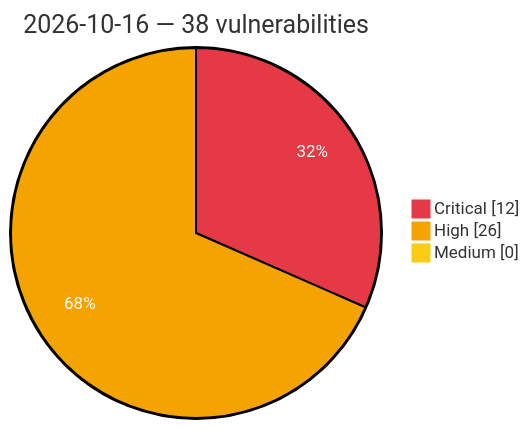
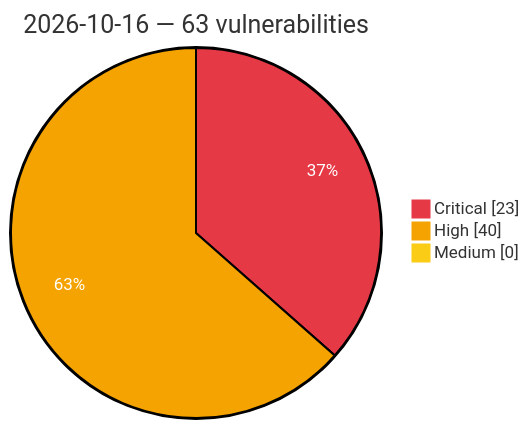
Before and after one commit to GhostX0X/vuln-tracker: the diagram in vulnerabilities/2026/October/2026-10-16.md, drawn with Mermaid. The commit also changed other lines of this file and 5 other files, not shown here.

Commit message:
Auto update: critical/high vulns (2026-10-16 18:21 UTC)

````diff
--- a/vulnerabilities/2026/October/2026-10-16.md
+++ b/vulnerabilities/2026/October/2026-10-16.md
@@ -3,8 +3,8 @@
 ```mermaid
 %%{init: {'theme':'base', 'themeVariables': {'pie1':'#e63946', 'pie2':'#f4a300', 'pie3':'#facc15', 'pieOpacity':'1', 'pieOuterStrokeWidth':'2px', 'pieSectionTextColor':'#ffffff'}}}%%
 pie showData
-    title 2026-10-16 — 38 vulnerabilities
-    "Critical" : 12
-    "High" : 26
+    title 2026-10-16 — 63 vulnerabilities
+    "Critical" : 23
+    "High" : 40
     "Medium" : 0
 ```
````
